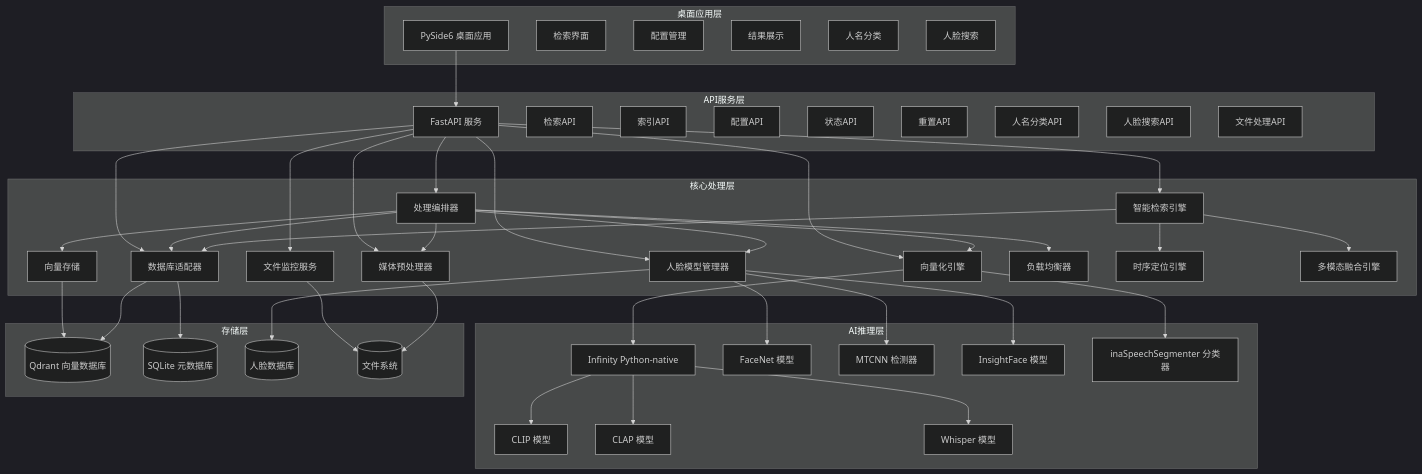
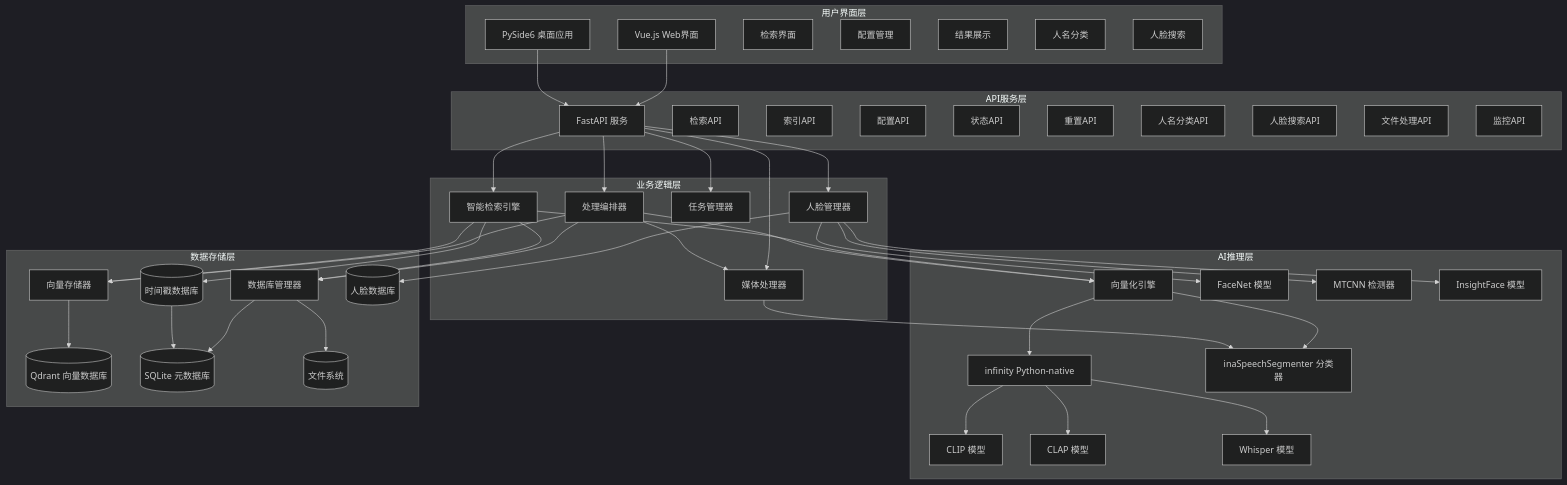
Before and after one commit to cr4342/msearch: the diagram in IFLOW.md, drawn with Mermaid (dark theme). The commit also changed other lines of this file and 158 other files, not shown here.

````diff
--- a/IFLOW.md
+++ b/IFLOW.md
@@ -40,6 +56,7 @@
 ```mermaid
 graph TB
-    subgraph "桌面应用层"
+    subgraph "用户界面层"
+        WebUI[Vue.js Web界面]
         UI[PySide6 桌面应用]
         UI_Search[检索界面]
         UI_Config[配置管理]
@@ -58,24 +75,20 @@
         API_Person[人名分类API]
         API_Face[人脸搜索API]
         API_File[文件处理API]
+        API_Monitoring[监控API]
     end
     
-    subgraph "核心处理层"
-        ProcessingOrchestrator[处理编排器]
-        FileMonitor[文件监控服务]
-        MediaProcessor[媒体预处理器]
-        EmbeddingEngine[向量化引擎]
-        FaceModelManager[人脸模型管理器]
-        VectorStore[向量存储]
+    subgraph "业务逻辑层"
         SmartRetrieval[智能检索引擎]
-        DBAdapter[数据库适配器]
-        LoadBalancer[负载均衡器]
-        TemporalLocalizer[时序定位引擎]
-        MultimodalFusion[多模态融合引擎]
+        Orchestrator[处理编排器]
+        TaskManager[任务管理器]
+        MediaProcessor[媒体处理器]
+        FaceManager[人脸管理器]
     end
     
     subgraph "AI推理层"
-        Infinity[Infinity Python-native]
+        EmbeddingEngine[向量化引擎]
+        Infinity[infinity Python-native]
         CLIP[CLIP 模型]
         CLAP[CLAP 模型]
         Whisper[Whisper 模型]
@@ -85,46 +98,47 @@
         inaSpeechSegmenter[inaSpeechSegmenter 分类器]
     end
     
-    subgraph "存储层"
+    subgraph "数据存储层"
+        VectorStore[向量存储器]
+        DatabaseManager[数据库管理器]
         Qdrant[(Qdrant 向量数据库)]
         SQLite[(SQLite 元数据库)]
+        TimestampDB[(时间戳数据库)]
         FaceDB[(人脸数据库)]
         FileSystem[(文件系统)]
     end
     
+    WebUI --> API
     UI --> API
-    API --> ProcessingOrchestrator
-    API --> FileMonitor
+    API --> SmartRetrieval
+    API --> Orchestrator
+    API --> TaskManager
     API --> MediaProcessor
-    API --> EmbeddingEngine
-    API --> SmartRetrieval
-    API --> DBAdapter
-    API --> FaceModelManager
+    API --> FaceManager
     
-    ProcessingOrchestrator --> MediaProcessor
-    ProcessingOrchestrator --> EmbeddingEngine
-    ProcessingOrchestrator --> FaceModelManager
-    ProcessingOrchestrator --> VectorStore
-    ProcessingOrchestrator --> DBAdapter
-    ProcessingOrchestrator --> LoadBalancer
+    SmartRetrieval --> EmbeddingEngine
+    Orchestrator --> MediaProcessor
+    Orchestrator --> EmbeddingEngine
+    Orchestrator --> DatabaseManager
+    Orchestrator --> VectorStore
     
     EmbeddingEngine --> Infinity
-    FaceModelManager --> FaceNet
-    FaceModelManager --> MTCNN
-    FaceModelManager --> InsightFace
+    FaceManager --> FaceNet
+    FaceManager --> MTCNN
+    FaceManager --> InsightFace
     EmbeddingEngine --> inaSpeechSegmenter
-    SmartRetrieval --> DBAdapter
-    SmartRetrieval --> TemporalLocalizer
-    SmartRetrieval --> MultimodalFusion
+    SmartRetrieval --> DatabaseManager
+    SmartRetrieval --> VectorStore
+    SmartRetrieval --> TimestampDB
     
     Infinity --> CLIP
     Infinity --> CLAP
     Infinity --> Whisper
     
-    FileMonitor --> FileSystem
-    MediaProcessor --> FileSystem
+    MediaProcessor --> inaSpeechSegmenter
+    DatabaseManager --> FileSystem
     VectorStore --> Qdrant
-    DBAdapter --> Qdrant
-    DBAdapter --> SQLite
-    FaceModelManager --> FaceDB
+    DatabaseManager --> SQLite
+    FaceManager --> FaceDB
+    TimestampDB --> SQLite
 ```
````
